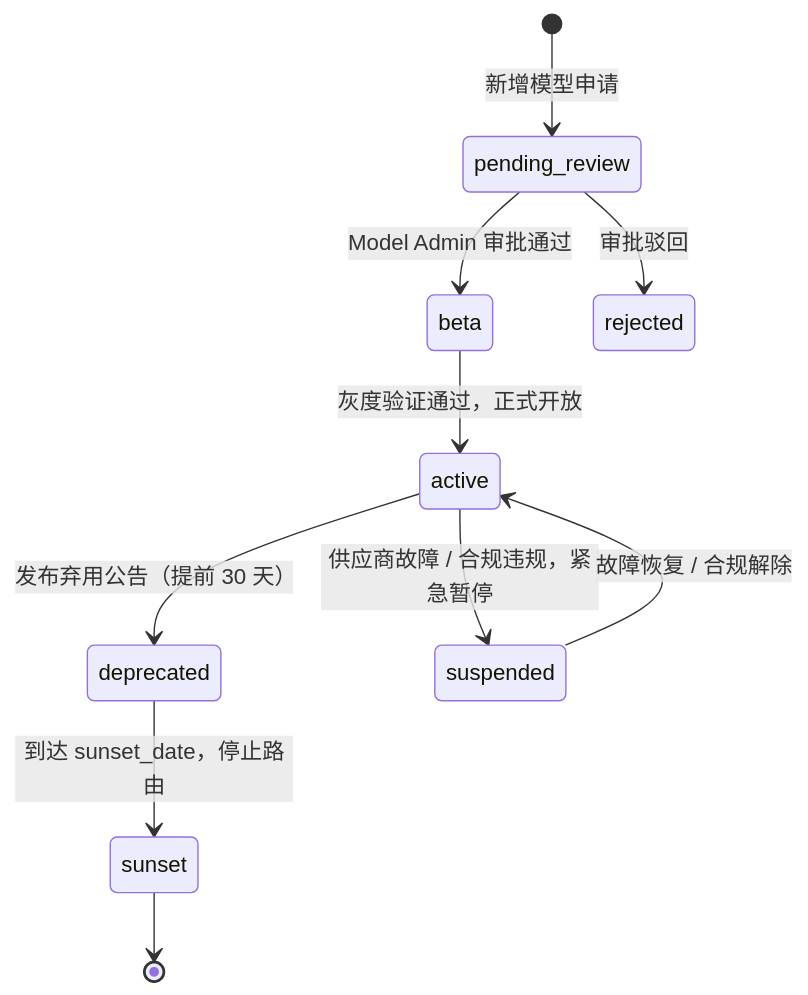
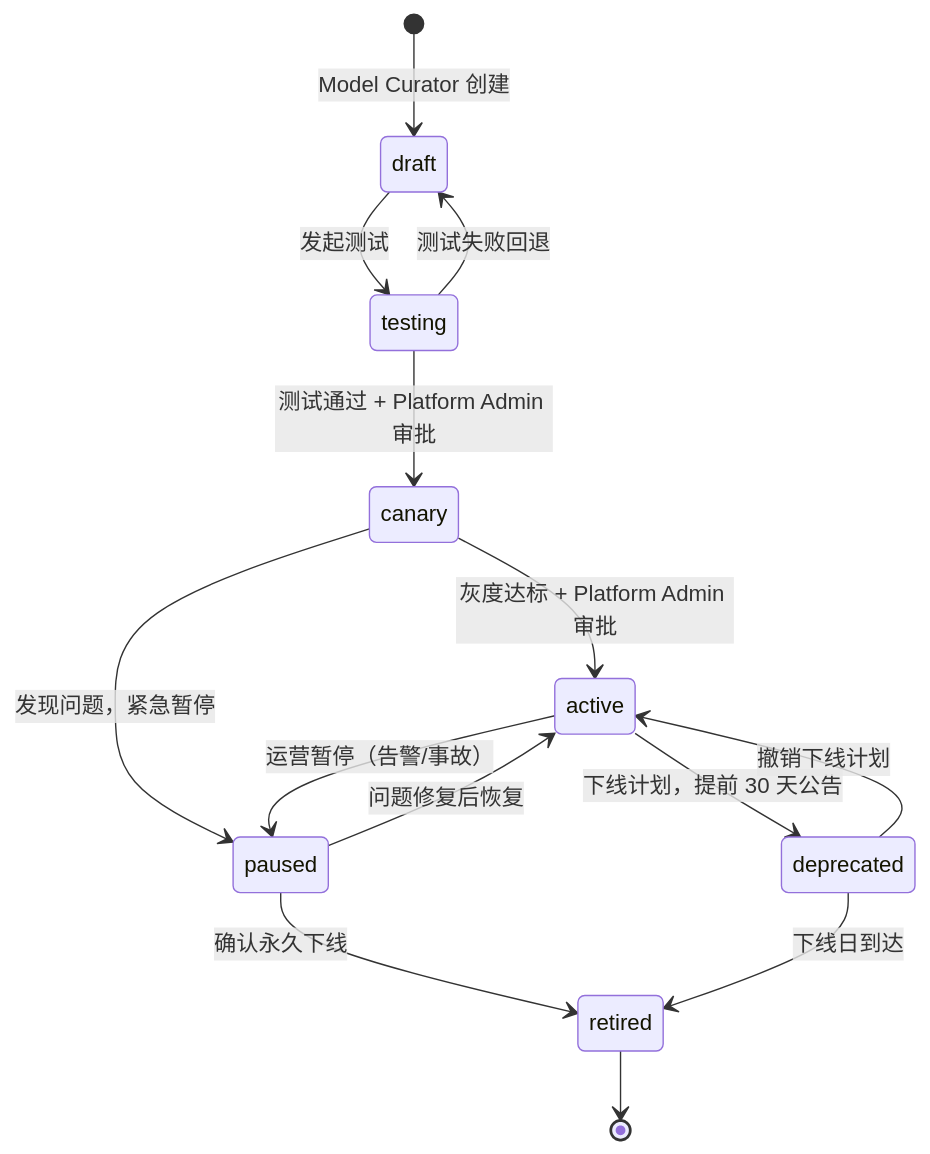
Before and after one commit to kate1128/OpenMaas: the second of 3 diagrams in 05-开发设计/01-后端设计/微服务设计/03-model-catalog-service详细设计.md, drawn with Mermaid. The commit also changed other lines of this file and 11239 other files, not shown here.

````diff
--- a/05-开发设计/01-后端设计/微服务设计/03-model-catalog-service详细设计.md
+++ b/05-开发设计/01-后端设计/微服务设计/03-model-catalog-service详细设计.md
@@ -159,12 +377,16 @@
 ```mermaid
 stateDiagram-v2
-    [*] --> pending_review : 新增模型申请
-    pending_review --> beta : Model Admin 审批通过
-    pending_review --> rejected : 审批驳回
-    beta --> active : 灰度验证通过，正式开放
-    active --> deprecated : 发布弃用公告（提前 30 天）
-    deprecated --> sunset : 到达 sunset_date，停止路由
-    sunset --> [*]
-    active --> suspended : 供应商故障 / 合规违规，紧急暂停
-    suspended --> active : 故障恢复 / 合规解除
+    [*] --> draft : Model Curator 创建
+    draft --> testing : 发起测试
+    testing --> draft : 测试失败回退
+    testing --> canary : 测试通过 + Platform Admin 审批
+    canary --> active : 灰度达标 + Platform Admin 审批
+    canary --> paused : 发现问题，紧急暂停
+    active --> paused : 运营暂停（告警/事故）
+    active --> deprecated : 下线计划，提前 30 天公告
+    paused --> active : 问题修复后恢复
+    paused --> retired : 确认永久下线
+    deprecated --> retired : 下线日到达
+    deprecated --> active : 撤销下线计划
+    retired --> [*]
 ```
````
